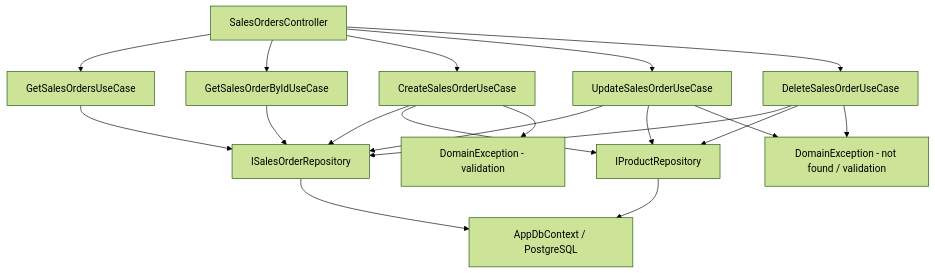
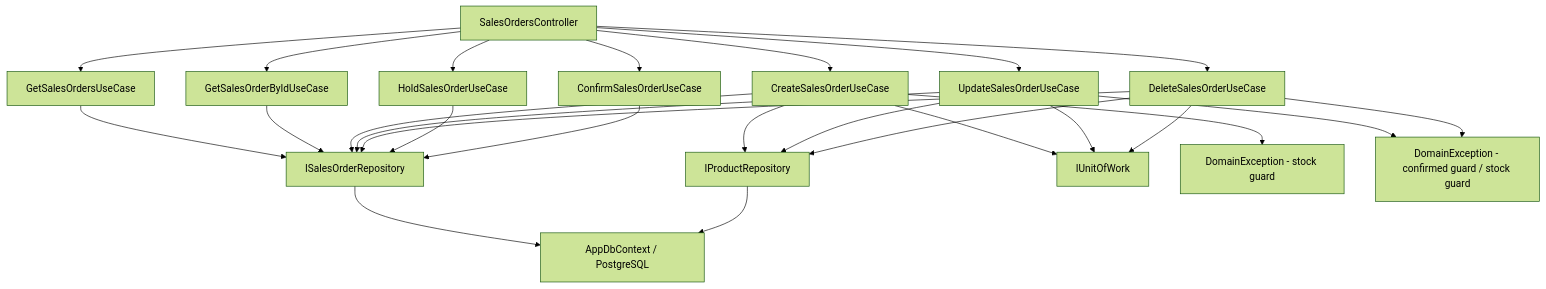
The diagram in src/Lamour.Application/Features/Sales/docs/sales.md (haiphan5289/be-window-lamour), drawn with Mermaid (forest theme) before and after one commit. The commit also changed other lines of this file and 38 other files, not shown here.

````diff
--- a/src/Lamour.Application/Features/Sales/docs/sales.md
+++ b/src/Lamour.Application/Features/Sales/docs/sales.md
@@ -75,21 +93,28 @@
 ```mermaid
 graph TD
     A[SalesOrdersController] --> B[GetSalesOrdersUseCase]
     A --> BB[GetSalesOrderByIdUseCase]
     A --> C[CreateSalesOrderUseCase]
     A --> D[UpdateSalesOrderUseCase]
     A --> E[DeleteSalesOrderUseCase]
+    A --> Ho[HoldSalesOrderUseCase]
+    A --> Co[ConfirmSalesOrderUseCase]
     B --> H[ISalesOrderRepository]
     BB --> H
     C --> H
     C --> P[IProductRepository]
+    C --> U[IUnitOfWork]
     D --> H
     D --> P
+    D --> U
     E --> H
     E --> P
+    E --> U
+    Ho --> H
+    Co --> H
     H --> I[AppDbContext / PostgreSQL]
     P --> I
-    C --> J[DomainException - validation]
-    D --> K[DomainException - not found / validation]
+    C --> J[DomainException - stock guard]
+    D --> K[DomainException - confirmed guard / stock guard]
     E --> K
 ```
````
